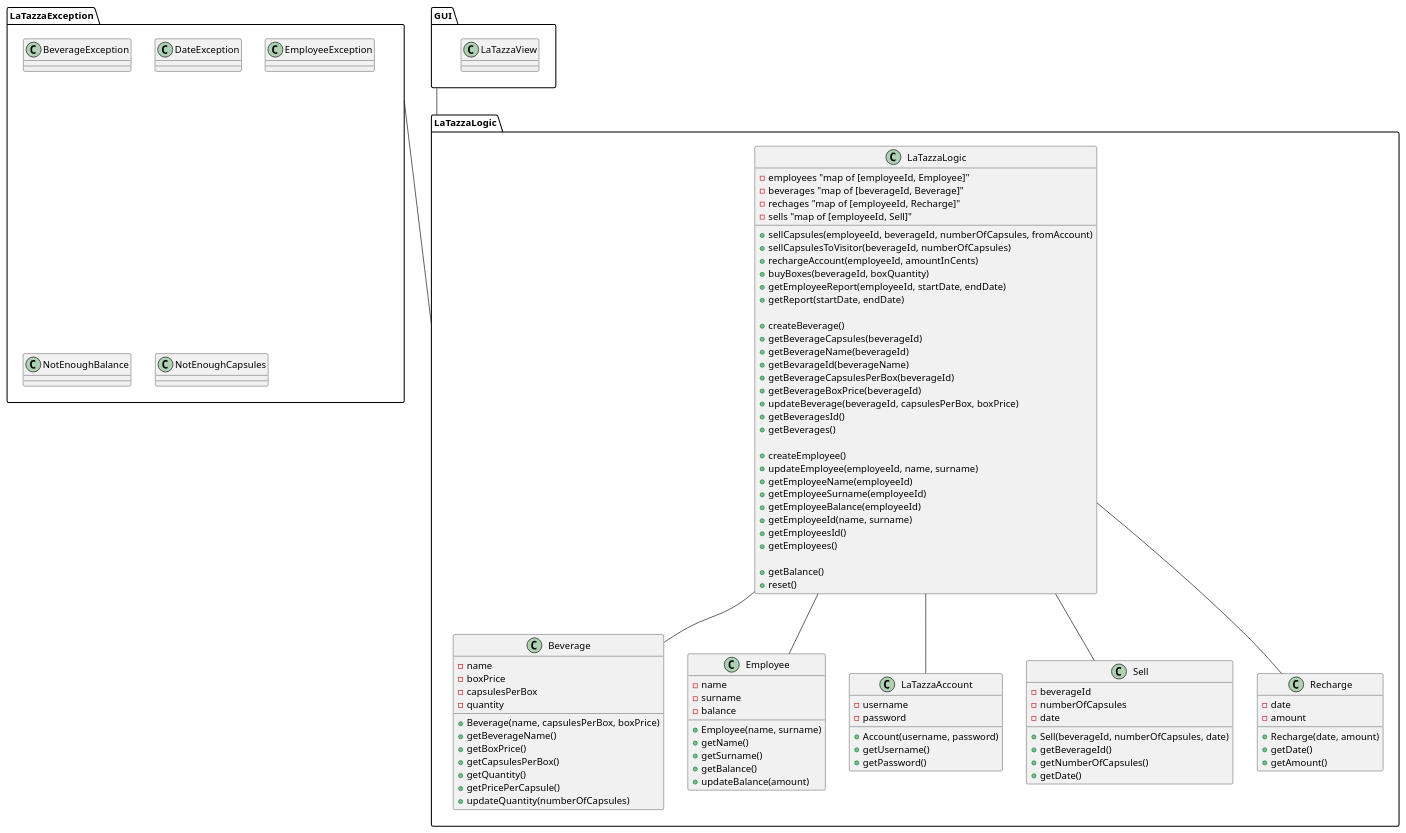
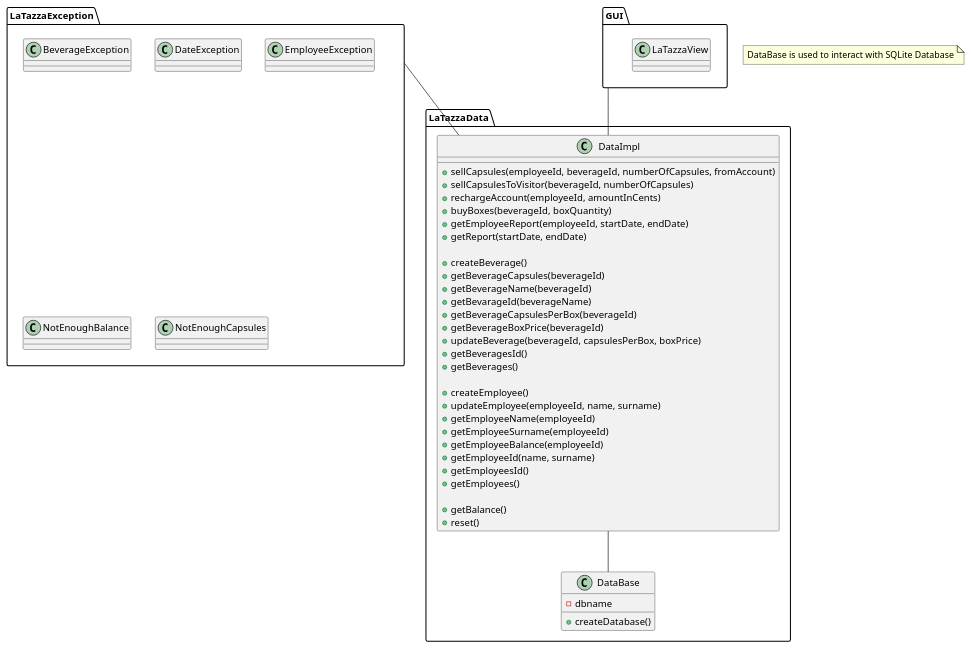
The second of 3 diagrams in templates/DesignDocumentTemplate.md (SimoneDutto/LaTazza), drawn with PlantUML before and after one commit. The commit also changed other lines of this file, not shown here.

````diff
--- a/templates/DesignDocumentTemplate.md
+++ b/templates/DesignDocumentTemplate.md
@@ -45,12 +45,8 @@
  class NotEnoughCapsules 
 }
 
-package LaTazzaLogic{
-class LaTazzaLogic {
-- employees "map of [employeeId, Employee]"
-- beverages "map of [beverageId, Beverage]"
-- rechages "map of [employeeId, Recharge]"
-- sells "map of [employeeId, Sell]"
+package LaTazzaData{
+class DataImpl {
 
 {method} + sellCapsules(employeeId, beverageId, numberOfCapsules, fromAccount)
 {method} + sellCapsulesToVisitor(beverageId, numberOfCapsules)
@@ -82,66 +78,13 @@
 {method} + reset()
 }
 
-class Beverage {
-- name
-- boxPrice
-- capsulesPerBox
-- quantity
-
-{method} + Beverage(name, capsulesPerBox, boxPrice)
-{method} + getBeverageName()
-{method} + getBoxPrice()
-{method} + getCapsulesPerBox()
-{method} + getQuantity()
-{method} + getPricePerCapsule()
-{method} + updateQuantity(numberOfCapsules)
+class DataBase{
+- dbname
+{method} + createDatabase()
+}
 }
 
-class Employee {
-- name
-- surname
-- balance
-
-{method} + Employee(name, surname)
-{method} + getName()
-{method} + getSurname()
-{method} + getBalance()
-{method} + updateBalance(amount)
-}
-
-class LaTazzaAccount {
-- username
-- password
-
-{method} + Account(username, password)
-{method} + getUsername()
-{method} + getPassword()
-}
-
-class Sell{
-- beverageId
-- numberOfCapsules
-- date
-{method} + Sell(beverageId, numberOfCapsules, date)
-{method} + getBeverageId()
-{method} + getNumberOfCapsules()
-{method} + getDate()
-}
-
-class Recharge {
-- date
-- amount
-{method} + Recharge(date, amount)
-{method} + getDate()
-{method} + getAmount()
-}
-
-LaTazzaLogic -- LaTazzaAccount
-LaTazzaLogic -- Employee
-LaTazzaLogic -- Recharge
-LaTazzaLogic -- Beverage
-LaTazzaLogic -- Sell
-}
+DataImpl -- DataBase
 
 package GUI{
 class LaTazzaView{
@@ -149,10 +92,9 @@
 } 
 }
 
-GUI -- LaTazzaLogic
-LaTazzaException -- LaTazzaLogic
+GUI -- DataImpl
+LaTazzaException -- DataImpl
 
-
-
+note "DataBase is used to interact with SQLite Database" as n1
 
 ```
````
